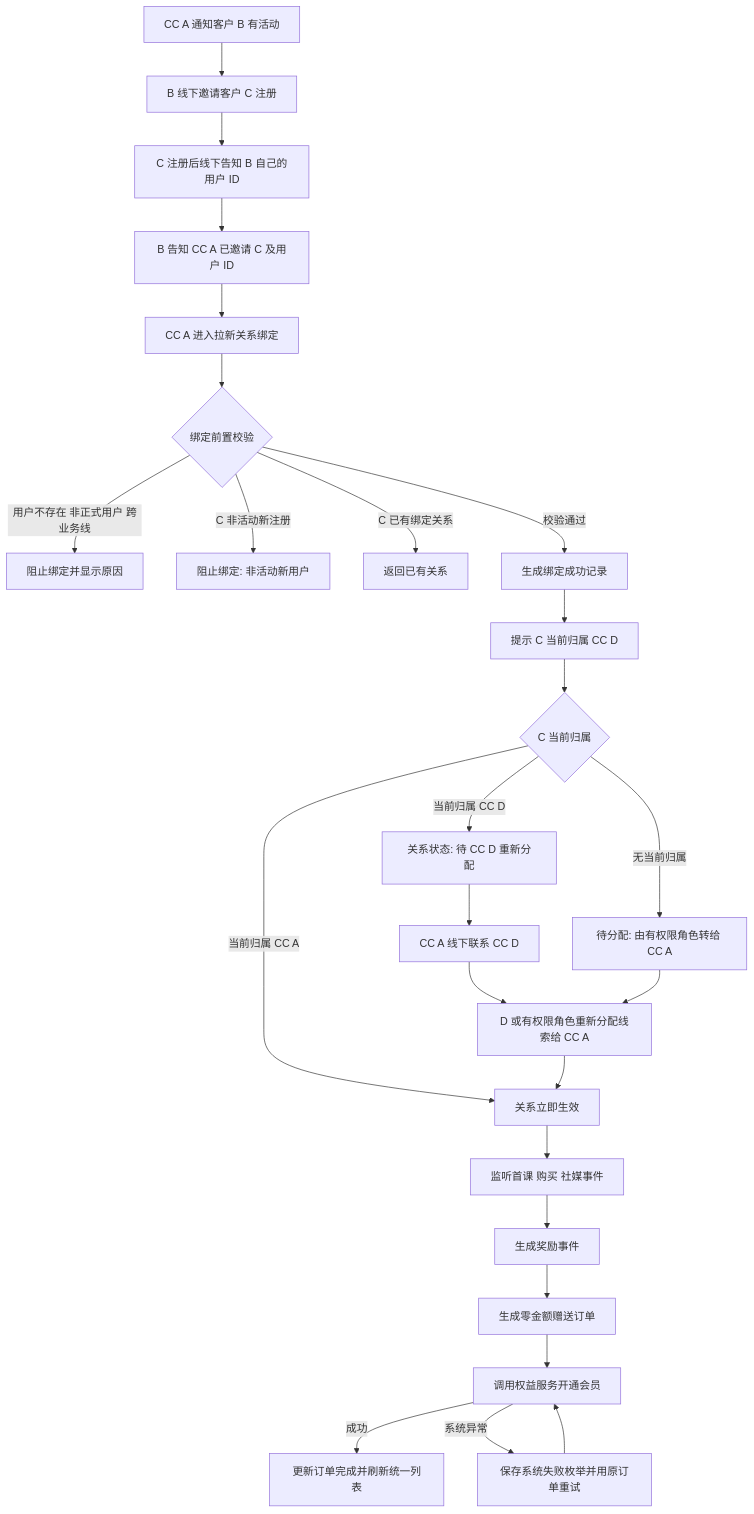
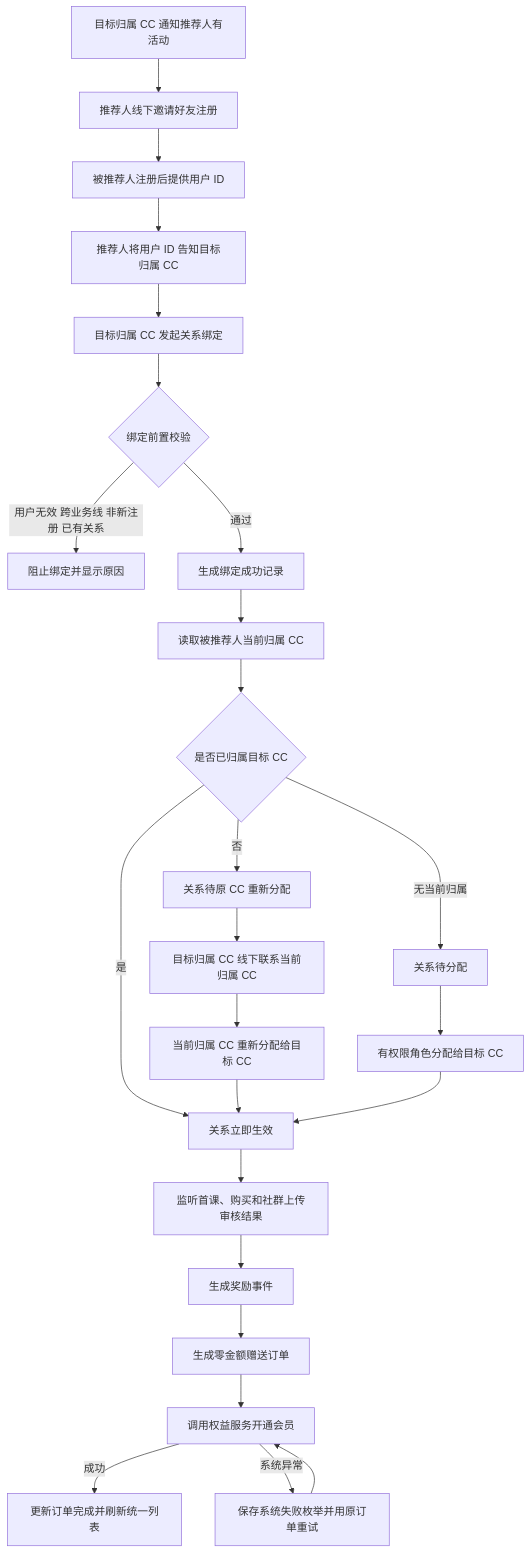
Before and after one commit to h3-ai-lab/hhhprd: the first of 2 diagrams in projects/referral-growth-mvp/prd/PRD.md, drawn with Mermaid. The commit also changed other lines of this file and 13 other files, not shown here.

````diff
--- a/projects/referral-growth-mvp/prd/PRD.md
+++ b/projects/referral-growth-mvp/prd/PRD.md
@@ -65,28 +66,27 @@
 ```mermaid
 flowchart TD
-    A[CC A 通知客户 B 有活动] --> B[B 线下邀请客户 C 注册]
-    B --> C[C 注册后线下告知 B 自己的用户 ID]
-    C --> D[B 告知 CC A 已邀请 C 及用户 ID]
-    D --> E[CC A 进入拉新关系绑定]
-    E --> F{绑定前置校验}
-    F -->|用户不存在 非正式用户 跨业务线| X[阻止绑定并显示原因]
-    F -->|C 非活动新注册| Y[阻止绑定: 非活动新用户]
-    F -->|C 已有绑定关系| Z[返回已有关系]
-    F -->|校验通过| G[生成绑定成功记录]
-    G --> H[提示 C 当前归属 CC D]
-    H --> I{C 当前归属}
-    I -->|当前归属 CC A| K[关系立即生效]
-    I -->|当前归属 CC D| J[关系状态: 待 CC D 重新分配]
-    I -->|无当前归属| M[待分配: 由有权限角色转给 CC A]
-    J --> L[CC A 线下联系 CC D]
-    L --> N[D 或有权限角色重新分配线索给 CC A]
-    M --> N
-    N --> K
-    K --> O[监听首课 购买 社媒事件]
-    O --> P[生成奖励事件]
-    P --> Q[生成零金额赠送订单]
-    Q --> R[调用权益服务开通会员]
-    R -->|成功| S[更新订单完成并刷新统一列表]
-    R -->|系统异常| T[保存系统失败枚举并用原订单重试]
-    T --> R
+    notify[目标归属 CC 通知推荐人有活动] --> invite[推荐人线下邀请好友注册]
+    invite --> detail[被推荐人注册后提供用户 ID]
+    detail --> submit[推荐人将用户 ID 告知目标归属 CC]
+    submit --> bind[目标归属 CC 发起关系绑定]
+    bind --> validate{绑定前置校验}
+    validate -->|用户无效 跨业务线 非新注册 已有关系| reject[阻止绑定并显示原因]
+    validate -->|通过| record[生成绑定成功记录]
+    record --> current[读取被推荐人当前归属 CC]
+    current --> same{是否已归属目标 CC}
+    same -->|是| active[关系立即生效]
+    same -->|否| pending[关系待原 CC 重新分配]
+    same -->|无当前归属| unassigned[关系待分配]
+    pending --> contact[目标归属 CC 线下联系当前归属 CC]
+    contact --> reassign[当前归属 CC 重新分配给目标 CC]
+    unassigned --> manager[有权限角色分配给目标 CC]
+    reassign --> active
+    manager --> active
+    active --> events[监听首课、购买和社群上传审核结果]
+    events --> reward[生成奖励事件]
+    reward --> gift[生成零金额赠送订单]
+    gift --> issue[调用权益服务开通会员]
+    issue -->|成功| done[更新订单完成并刷新统一列表]
+    issue -->|系统异常| retry[保存系统失败枚举并用原订单重试]
+    retry --> issue
 ```
````
